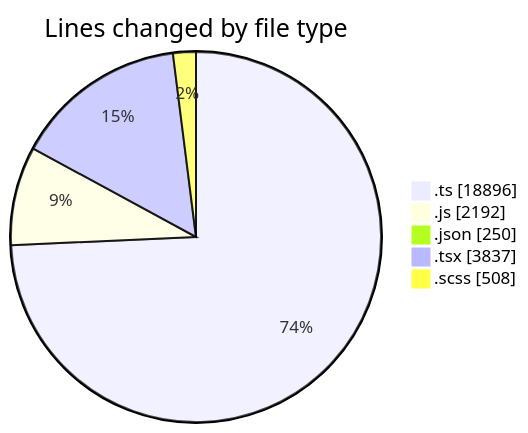
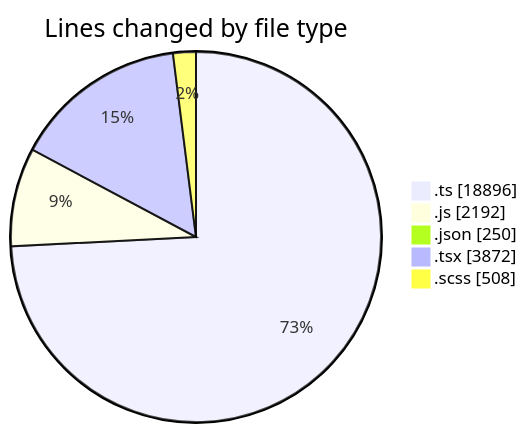
Before and after one commit to momahboobian/code-tracking: the first of 2 diagrams in 2026-06-18/cda/README.md, drawn with Mermaid. The commit also changed other lines of this file and 1 other file, not shown here.

````diff
--- a/2026-06-18/cda/README.md
+++ b/2026-06-18/cda/README.md
@@ -70,9 +70,9 @@
 ```mermaid
 pie showData
 title Lines changed by file type
 ".ts" : 18896
 ".js" : 2192
 ".json" : 250
-".tsx" : 3837
+".tsx" : 3872
 ".scss" : 508
 ```
````
